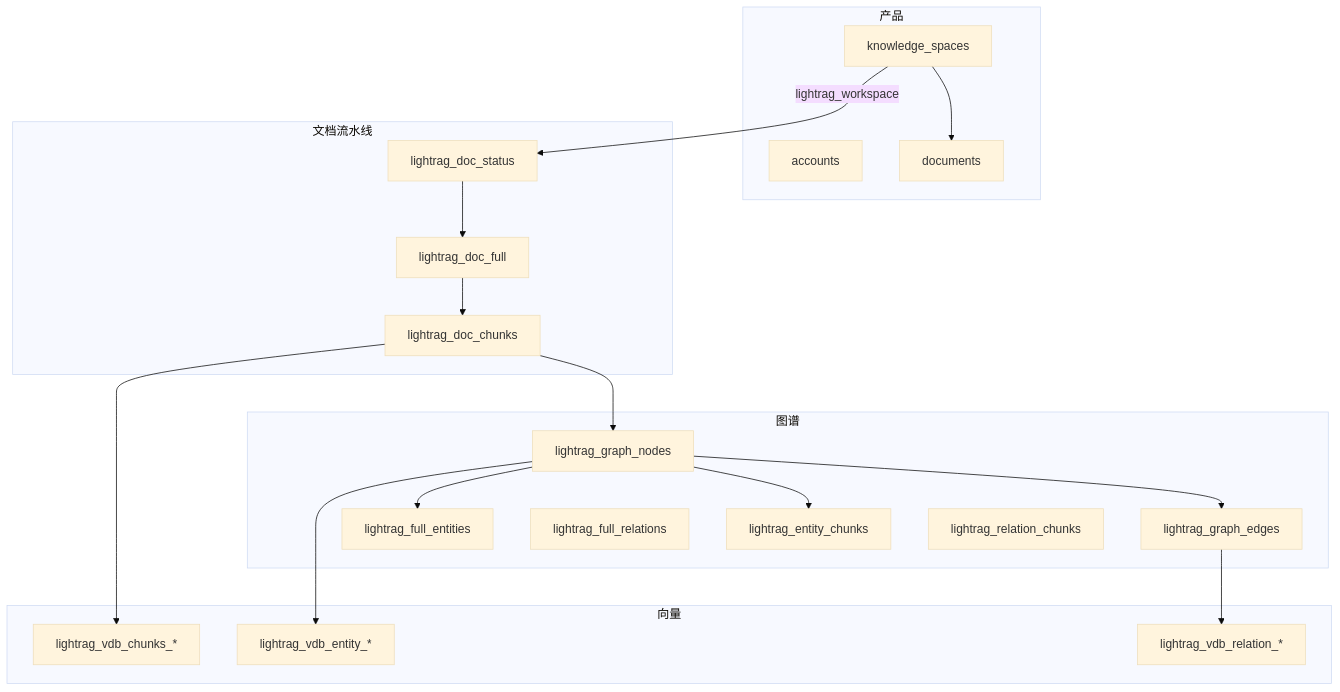
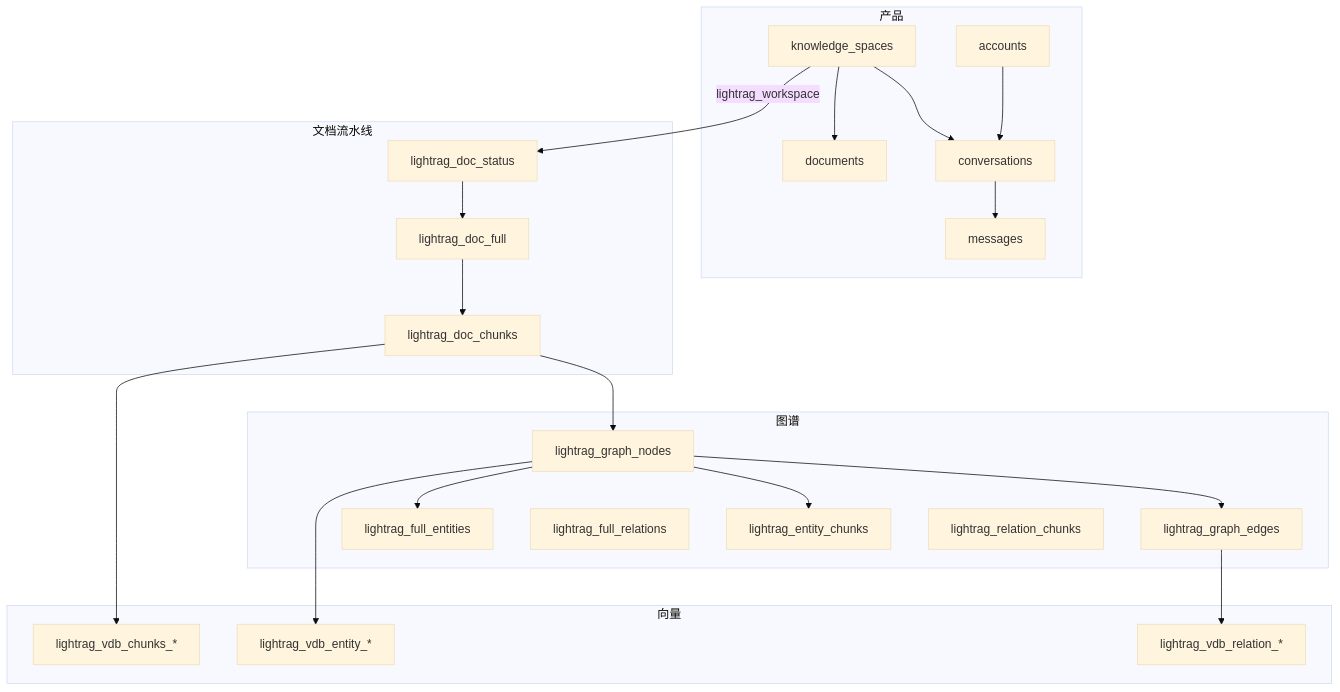
The diagram in docs/refer/database-tables.md (xuyunfei123456/RAG_KnowledgeBase), drawn with Mermaid (base theme) before and after one commit. The commit also changed other lines of this file and 27 other files, not shown here.

````diff
--- a/docs/refer/database-tables.md
+++ b/docs/refer/database-tables.md
@@ -9,37 +9,42 @@
 ```mermaid
 flowchart TB
   subgraph 产品
     accounts
     knowledge_spaces
     documents
+    conversations
+    messages
   end
   subgraph 文档流水线
     doc_status["lightrag_doc_status"]
     doc_full["lightrag_doc_full"]
     doc_chunks["lightrag_doc_chunks"]
   end
   subgraph 图谱
     nodes["lightrag_graph_nodes"]
     edges["lightrag_graph_edges"]
     full_ent["lightrag_full_entities"]
     full_rel["lightrag_full_relations"]
     ent_chunks["lightrag_entity_chunks"]
     rel_chunks["lightrag_relation_chunks"]
   end
   subgraph 向量
     v_chunk["lightrag_vdb_chunks_*"]
     v_ent["lightrag_vdb_entity_*"]
     v_rel["lightrag_vdb_relation_*"]
   end
   knowledge_spaces --> documents
+  knowledge_spaces --> conversations
+  accounts --> conversations
+  conversations --> messages
   knowledge_spaces -->|"lightrag_workspace"| doc_status
   doc_status --> doc_full
   doc_full --> doc_chunks
   doc_chunks --> v_chunk
   doc_chunks --> nodes
   nodes --> edges
   nodes --> v_ent
   edges --> v_rel
   nodes --> full_ent
   nodes --> ent_chunks
 ```
````
